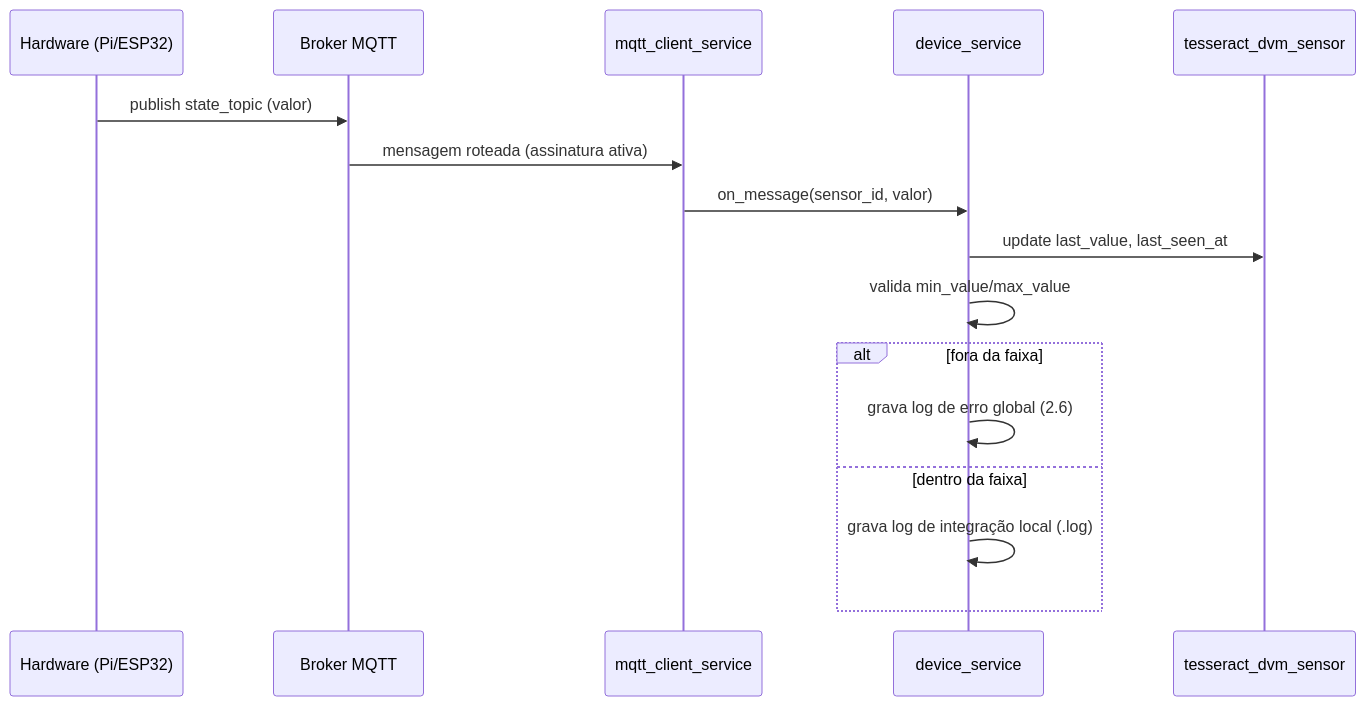
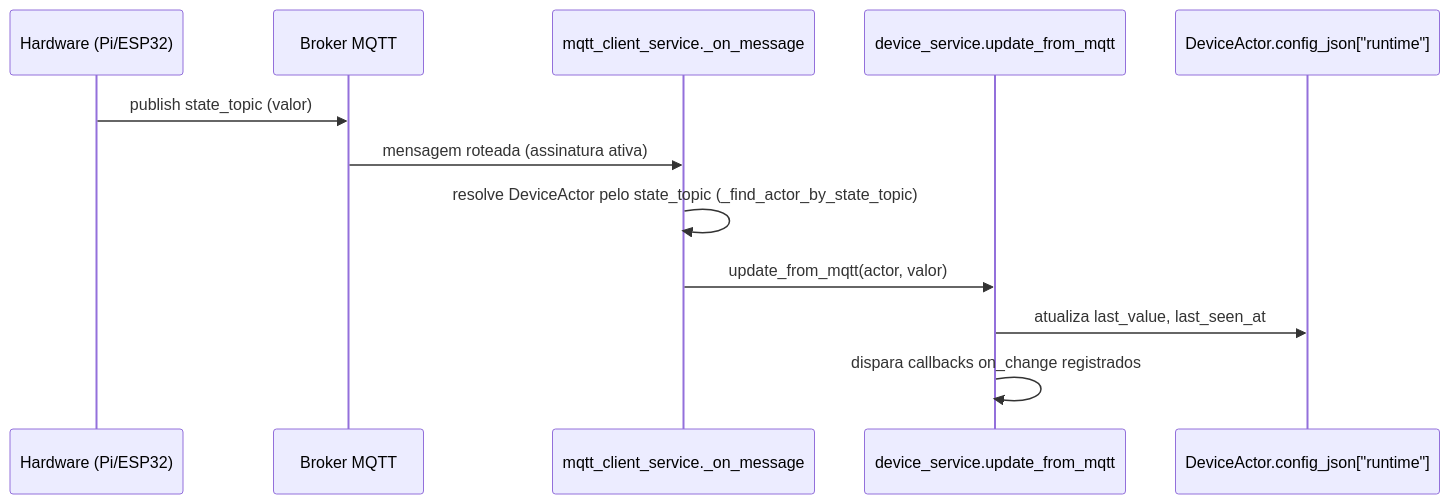
Before and after one commit to ChristopherNicolasSMM/Tesseract: the first of 3 diagrams in docs/skills/05-proposta-addon-device-manager-e-mqtt.md, drawn with Mermaid. The commit also changed other lines of this file and 6 other files, not shown here.

````diff
--- a/docs/skills/05-proposta-addon-device-manager-e-mqtt.md
+++ b/docs/skills/05-proposta-addon-device-manager-e-mqtt.md
@@ -312,19 +312,15 @@
 ```mermaid
 sequenceDiagram
     participant HW as Hardware (Pi/ESP32)
     participant Broker as Broker MQTT
-    participant MQTT as mqtt_client_service
-    participant Svc as device_service
-    participant DB as tesseract_dvm_sensor
+    participant MQTT as mqtt_client_service._on_message
+    participant Svc as device_service.update_from_mqtt
+    participant DB as DeviceActor.config_json["runtime"]
 
     HW->>Broker: publish state_topic (valor)
     Broker->>MQTT: mensagem roteada (assinatura ativa)
-    MQTT->>Svc: on_message(sensor_id, valor)
-    Svc->>DB: update last_value, last_seen_at
-    Svc->>Svc: valida min_value/max_value
-    alt fora da faixa
-        Svc->>Svc: grava log de erro global (2.6)
-    else dentro da faixa
-        Svc->>Svc: grava log de integração local (.log)
-    end
+    MQTT->>MQTT: resolve DeviceActor pelo state_topic (_find_actor_by_state_topic)
+    MQTT->>Svc: update_from_mqtt(actor, valor)
+    Svc->>DB: atualiza last_value, last_seen_at
+    Svc->>Svc: dispara callbacks on_change registrados
 ```
````
